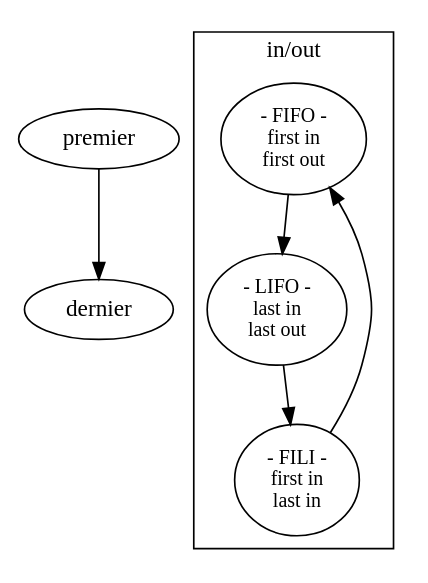
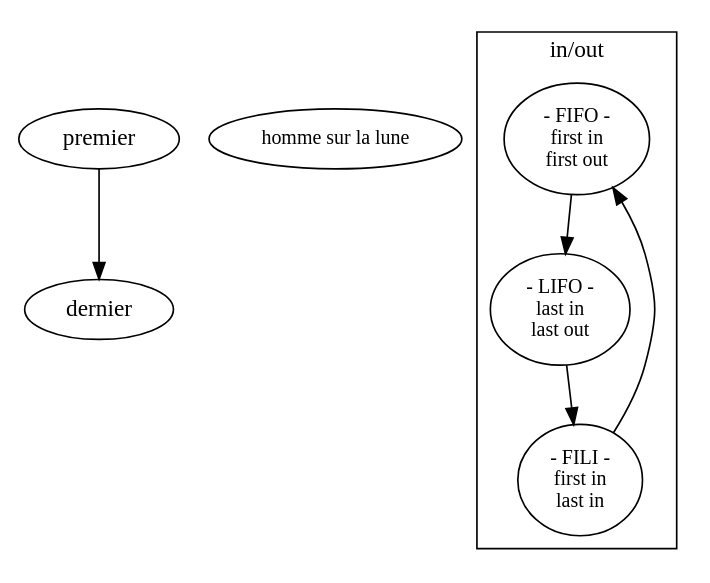
One commit to ensad-nancy/first-last changed the diagram in sujet.dot. Above: the diagram before and after it, drawn with Graphviz.

Commit message:
+ +	"homme sur la lune"

```diff
--- a/sujet.dot
+++ b/sujet.dot
@@ -1,22 +1,23 @@
 digraph {
 
 	premier -> dernier
 	fontname="myriadpro"
 	fontsize = 14
 	
 	node [fontname="myriadpro", fontsize = 12]
 	edge [fontname="monaco", fontsize = 10]
-	
+
+	"homme sur la lune"
 
 	subgraph cluster_FO{
 	
 		label="in/out"
 		
 		FIFO [label="- FIFO -\nfirst in\nfirst out"]
 		LIFO [label="- LIFO -\nlast in\nlast out"]
 		FILI [label="- FILI -\nfirst in\n last in"]
 
 		FILI -> FIFO -> LIFO -> FILI
 	}
 	
 }
```
